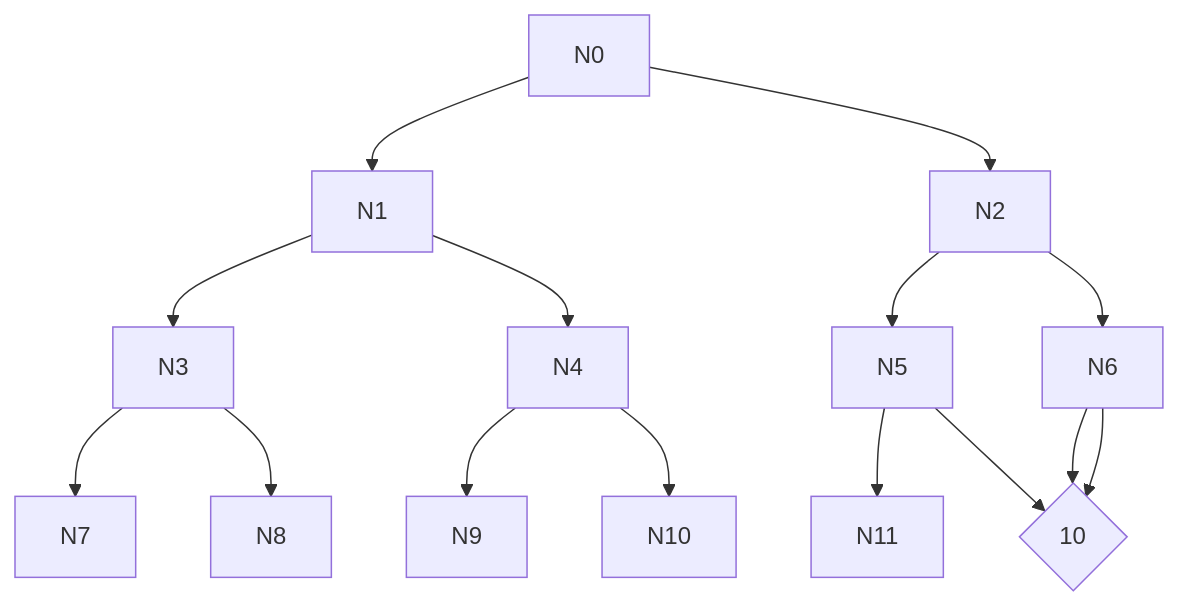
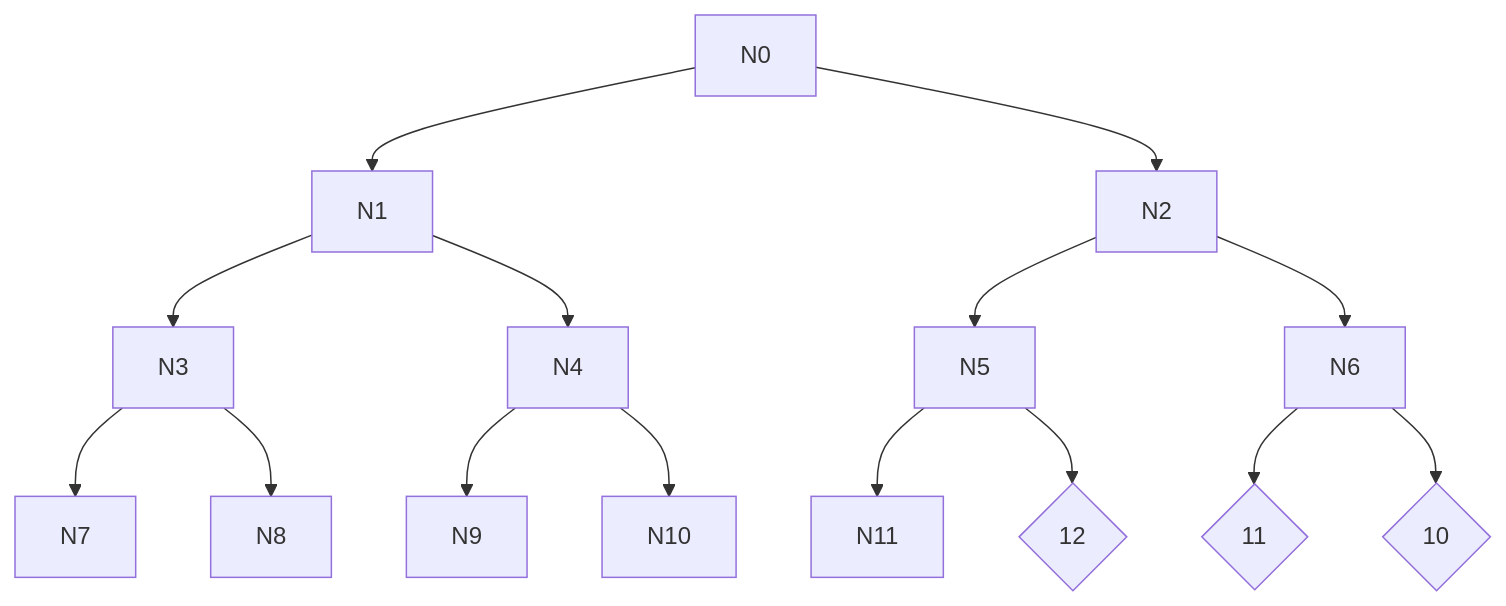
The diagram in a1800_huffman.md (mtkimmins/LTSDM_hack), drawn with Mermaid before and after one commit.

````diff
--- a/a1800_huffman.md
+++ b/a1800_huffman.md
@@ -25,17 +25,17 @@
 ```mermaid
 graph TD;
     N0-->N1
     N0-->N2
     N1-->N3
     N1-->N4
     N2-->N5
     N2-->N6
     N3-->N7
     N3-->N8
     N4-->N9
     N4-->N10
     N5-->N11
-    N5-->L{12}
-    N6-->L{11}
-    N6-->L{10}
+    N5-->L1{12}
+    N6-->L2{11}
+    N6-->L3{10}
 ```
````
